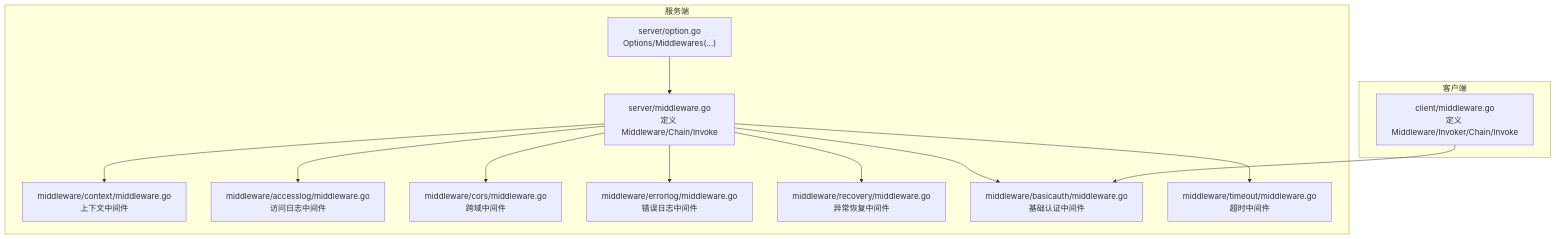
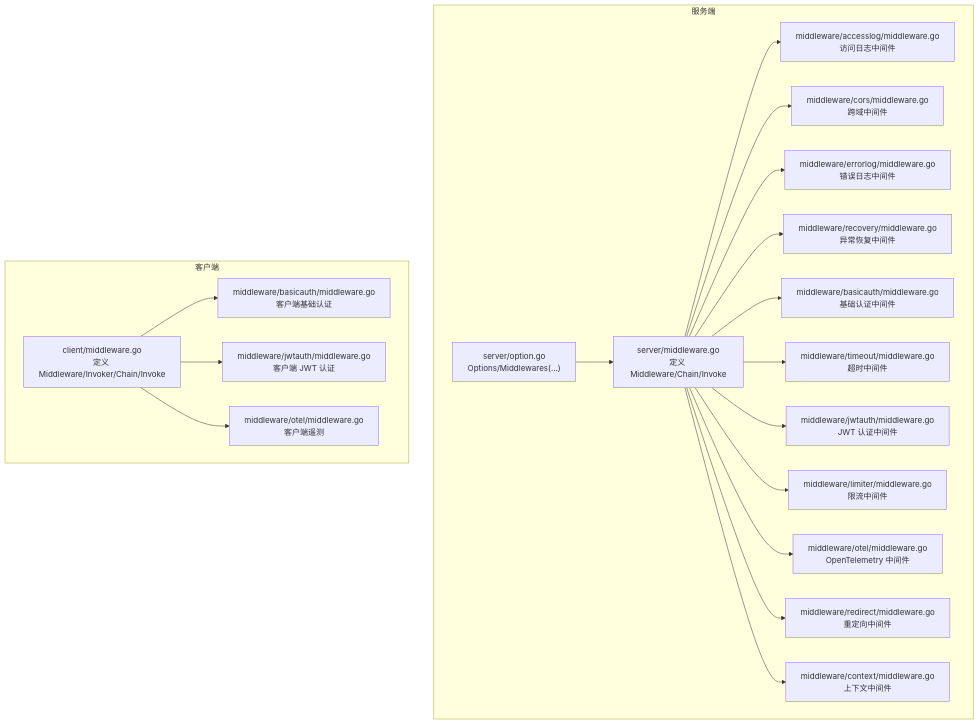
One commit to soyacen/goose changed the first of 4 diagrams in .agents/repowiki/zh/content/HTTP 服务器框架/中间件系统.md. Above: the diagram before and after it, drawn with Mermaid. The commit also changed other lines of this file and 3 other files, not shown here.

````diff
--- a/.agents/repowiki/zh/content/HTTP 服务器框架/中间件系统.md
+++ b/.agents/repowiki/zh/content/HTTP 服务器框架/中间件系统.md
@@ -43,26 +56,39 @@
 ```mermaid
 graph TB
 subgraph "服务端"
 S_API["server/middleware.go<br/>定义 Middleware/Chain/Invoke"]
 S_OPTS["server/option.go<br/>Options/Middlewares(...)"]
 S_CTX["middleware/context/middleware.go<br/>上下文中间件"]
 S_ACCESS["middleware/accesslog/middleware.go<br/>访问日志中间件"]
 S_CORS["middleware/cors/middleware.go<br/>跨域中间件"]
 S_ERRLOG["middleware/errorlog/middleware.go<br/>错误日志中间件"]
 S_RECOV["middleware/recovery/middleware.go<br/>异常恢复中间件"]
 S_BASIC["middleware/basicauth/middleware.go<br/>基础认证中间件"]
 S_TIMEOUT["middleware/timeout/middleware.go<br/>超时中间件"]
+S_JWT["middleware/jwtauth/middleware.go<br/>JWT 认证中间件"]
+S_LIMIT["middleware/limiter/middleware.go<br/>限流中间件"]
+S_OTEL["middleware/otel/middleware.go<br/>OpenTelemetry 中间件"]
+S_REDIRECT["middleware/redirect/middleware.go<br/>重定向中间件"]
 end
 subgraph "客户端"
 C_API["client/middleware.go<br/>定义 Middleware/Invoker/Chain/Invoke"]
+C_BASIC["middleware/basicauth/middleware.go<br/>客户端基础认证"]
+C_JWT["middleware/jwtauth/middleware.go<br/>客户端 JWT 认证"]
+C_OTEL["middleware/otel/middleware.go<br/>客户端遥测"]
 end
 S_OPTS --> S_API
 S_API --> S_ACCESS
 S_API --> S_CORS
 S_API --> S_ERRLOG
 S_API --> S_RECOV
 S_API --> S_BASIC
 S_API --> S_TIMEOUT
+S_API --> S_JWT
+S_API --> S_LIMIT
+S_API --> S_OTEL
+S_API --> S_REDIRECT
 S_API --> S_CTX
-C_API --> S_BASIC
+C_API --> C_BASIC
+C_API --> C_JWT
+C_API --> C_OTEL
 ```
````
